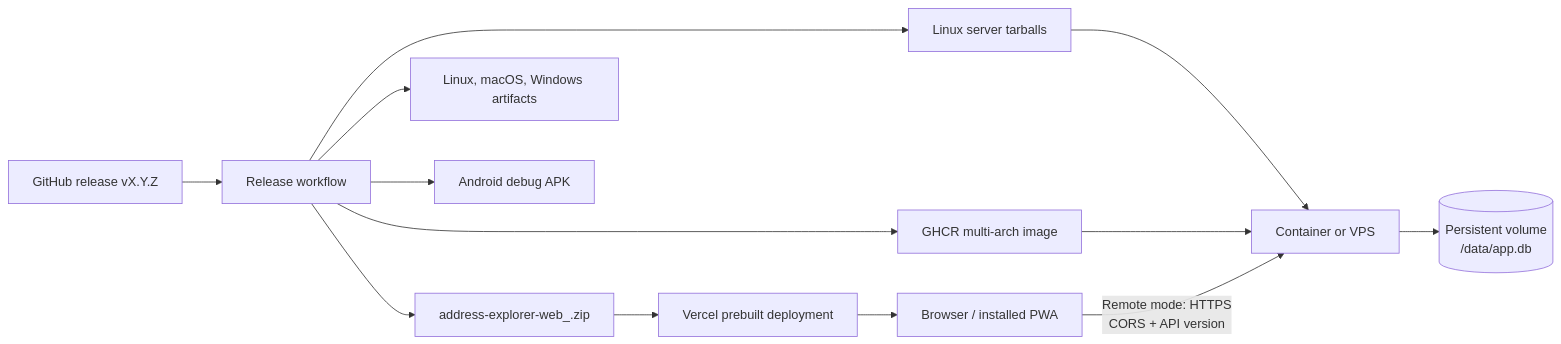
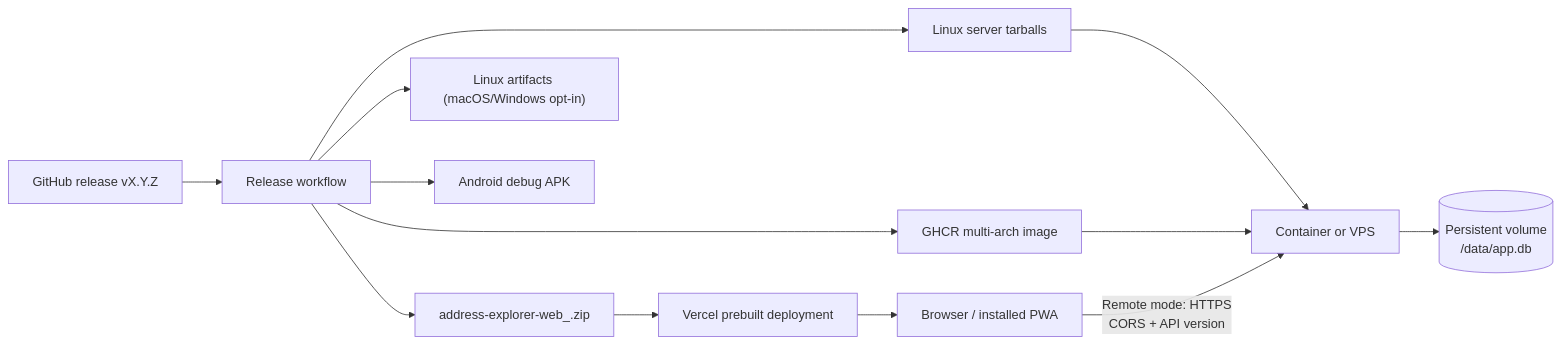
One commit to emidev98/address-explorer changed the third of 7 diagrams in docs/ARCHITECTURE.md. Above: the diagram before and after it, drawn with Mermaid. The commit also changed other lines of this file and 4 other files, not shown here.

First line of the commit message:
ci(release): make the macOS and Windows desktop jobs opt-in (#26)

````diff
--- a/docs/ARCHITECTURE.md
+++ b/docs/ARCHITECTURE.md
@@ -165,16 +166,16 @@
 ```mermaid
 flowchart LR
     Release["GitHub release vX.Y.Z"] --> Workflow["Release workflow"]
     Workflow --> WebArtifact["address-explorer-web_<version>.zip"]
-    Workflow --> DesktopArtifacts["Linux, macOS, Windows artifacts"]
+    Workflow --> DesktopArtifacts["Linux artifacts (macOS/Windows opt-in)"]
     Workflow --> AndroidArtifact["Android debug APK"]
     Workflow --> ServerArtifacts["Linux server tarballs"]
     Workflow --> Image["GHCR multi-arch image"]
 
     WebArtifact --> Vercel["Vercel prebuilt deployment"]
     Vercel --> Browser["Browser / installed PWA"]
     ServerArtifacts --> Host["Container or VPS"]
     Image --> Host
     Host --> Volume[("Persistent volume<br/>/data/app.db")]
     Browser -- "Remote mode: HTTPS<br/>CORS + API version" --> Host
 ```
````
